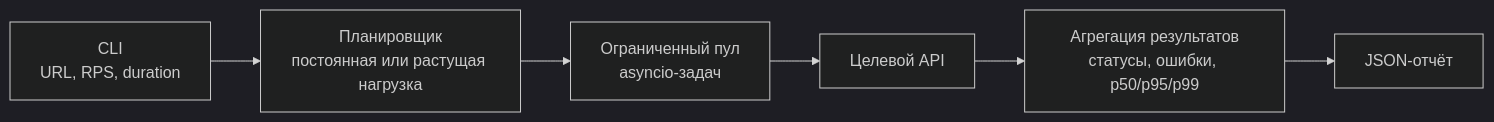
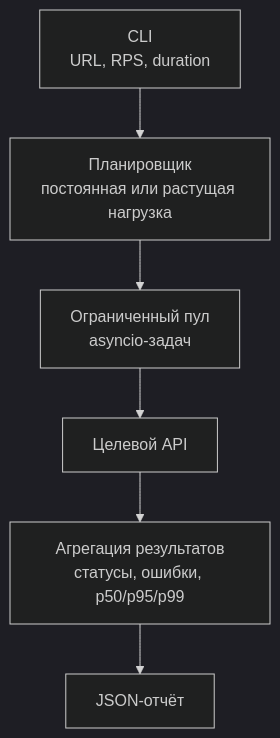
One commit to TheEdfog/api-load-tester changed the diagram in README.md. Above: the diagram before and after it, drawn with Mermaid (dark theme).

Commit message:
docs: improve diagram readability

````diff
--- a/README.md
+++ b/README.md
@@ -9,8 +9,8 @@
 ```mermaid
-flowchart LR
+flowchart TD
     cli["CLI<br/>URL, RPS, duration"] --> scheduler["Планировщик<br/>постоянная или растущая нагрузка"]
     scheduler --> pool["Ограниченный пул<br/>asyncio-задач"]
     pool --> api["Целевой API"]
     api --> metrics["Агрегация результатов<br/>статусы, ошибки, p50/p95/p99"]
     metrics --> report["JSON-отчёт"]
 ```
````
